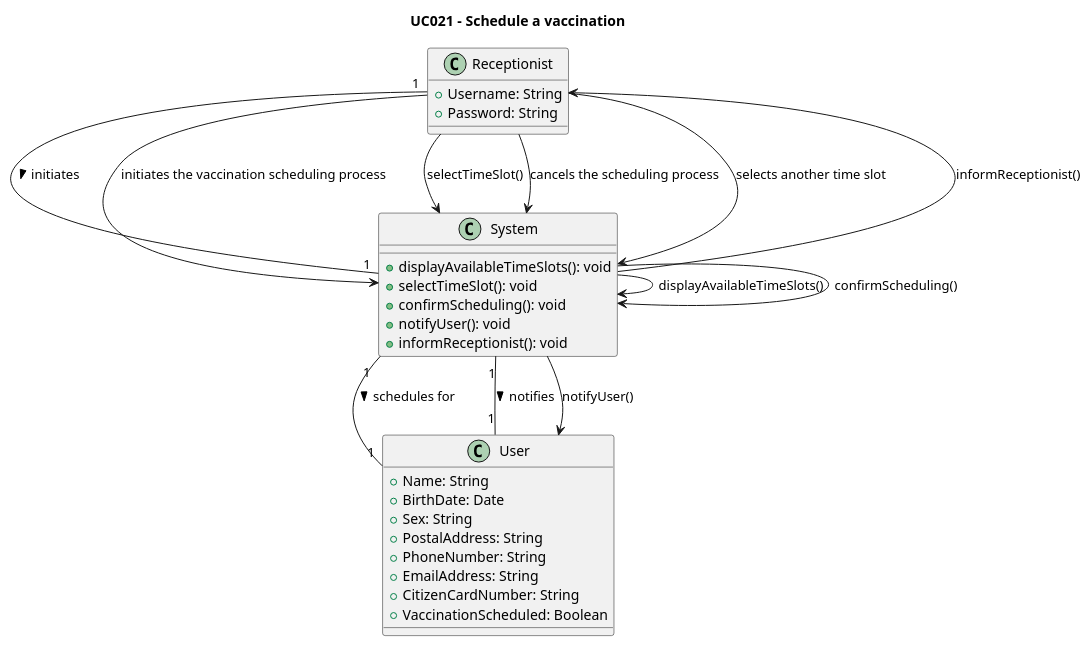
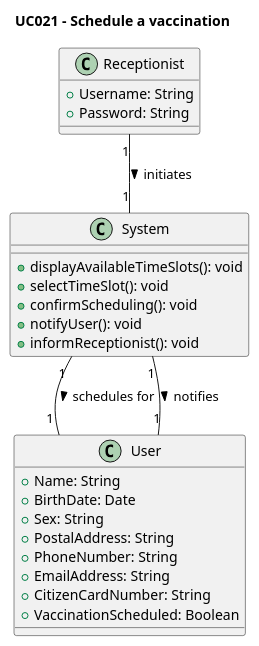
The diagram in sns-base/doc/global/analysis/ucd-puml/ucd-UCD021.puml (rafaafig/SnsTrab), drawn with PlantUML before and after one commit. The commit also changed 2 other files, not shown here.

Commit message:
uml 030, 021,022

```diff
--- a/sns-base/doc/global/analysis/ucd-puml/ucd-UCD021.puml
+++ b/sns-base/doc/global/analysis/ucd-puml/ucd-UCD021.puml
@@ -1,48 +1,36 @@
 @startuml
 'skinparam monochrome true
 'skinparam shadowing false
 
 title UC021 - Schedule a vaccination
 
 class Receptionist {
     +Username: String
     +Password: String
 }
 
 class System {
     +displayAvailableTimeSlots(): void
     +selectTimeSlot(): void
     +confirmScheduling(): void
     +notifyUser(): void
     +informReceptionist(): void
 }
 
 class User {
     +Name: String
     +BirthDate: Date
     +Sex: String
     +PostalAddress: String
     +PhoneNumber: String
     +EmailAddress: String
     +CitizenCardNumber: String
     +VaccinationScheduled: Boolean
 }
 
 ' Relationships
 Receptionist "1" -- "1" System : initiates >
 System "1" -- "1" User : schedules for >
 System "1" -- "1" User : notifies >
 
-' Main Success Scenario
-Receptionist --> System : initiates the vaccination scheduling process
-System --> System : displayAvailableTimeSlots()
-Receptionist --> System : selectTimeSlot()
-System --> System : confirmScheduling()
-System --> User : notifyUser()
-
-' Extensions
-Receptionist --> System : cancels the scheduling process
-System --> Receptionist : informReceptionist()
-Receptionist --> System : selects another time slot
-
 @enduml
```
